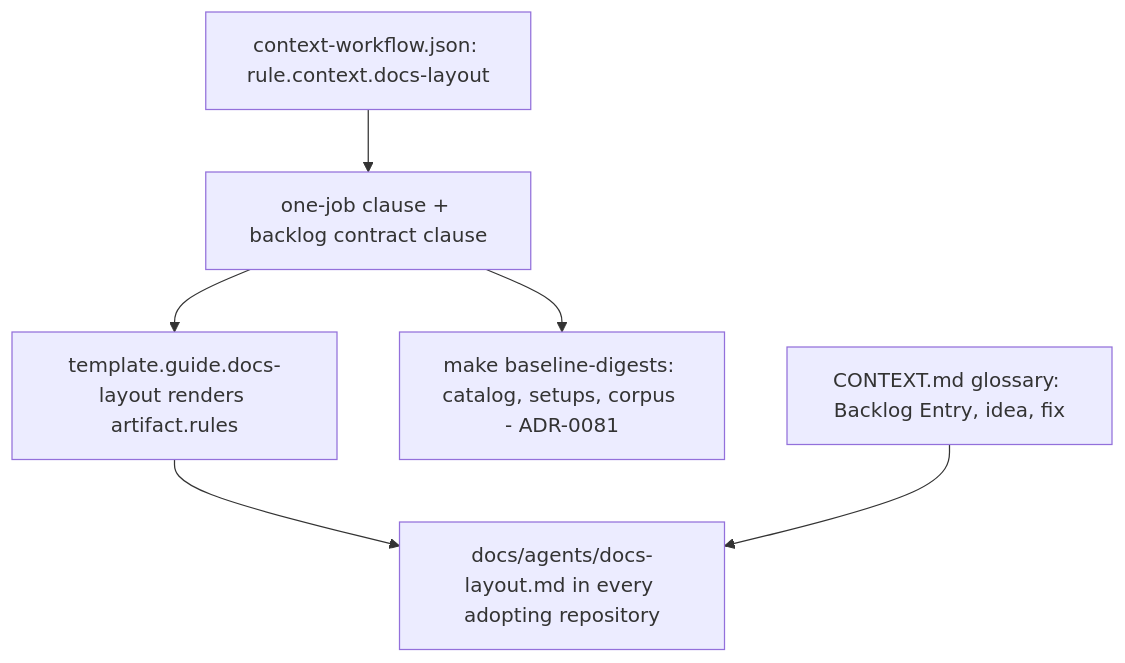
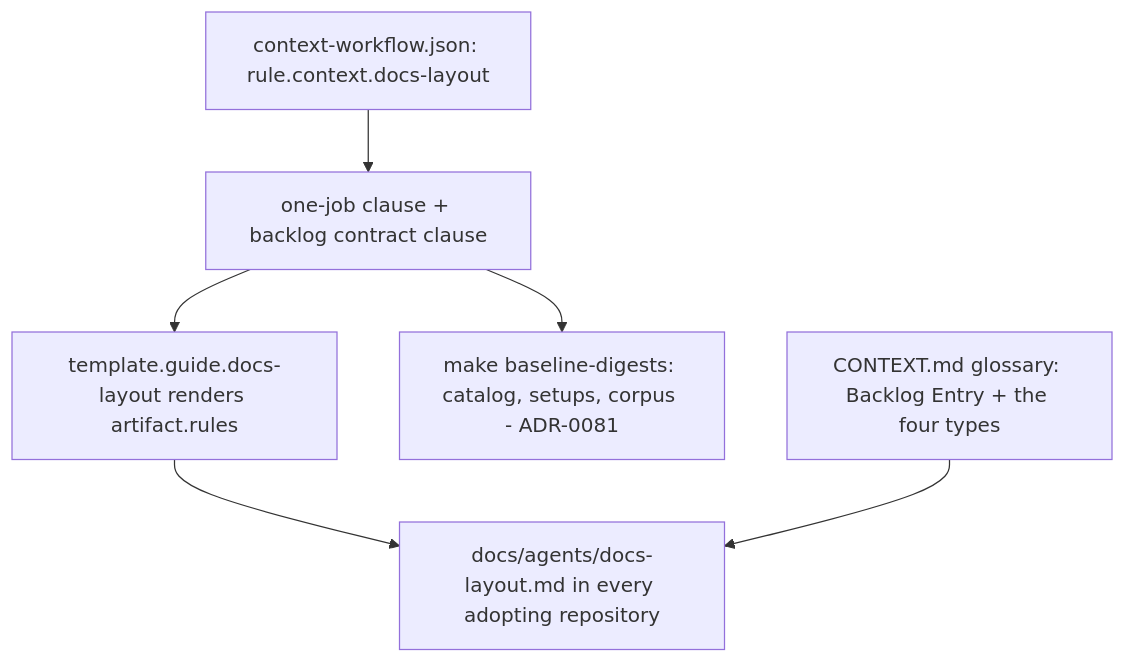
Before and after one commit to marcioaltoe/roundfix: the diagram in docs/specs/0075-typed-docs-backlog/_techspec.md, drawn with Mermaid. The commit also changed other lines of this file and 3 other files, not shown here.

Commit message:
docs: align the backlog types with the Conventional Commits vocabulary (#86)

````diff
--- a/docs/specs/0075-typed-docs-backlog/_techspec.md
+++ b/docs/specs/0075-typed-docs-backlog/_techspec.md
@@ -43,8 +44,8 @@
 ```mermaid
 flowchart TD
     A[context-workflow.json: rule.context.docs-layout] --> B[one-job clause + backlog contract clause]
     B --> C[template.guide.docs-layout renders artifact.rules]
     C --> D[docs/agents/docs-layout.md in every adopting repository]
     B --> E[make baseline-digests: catalog, setups, corpus - ADR-0081]
-    F[CONTEXT.md glossary: Backlog Entry, idea, fix] --> D
+    F[CONTEXT.md glossary: Backlog Entry + the four types] --> D
 ```
````
